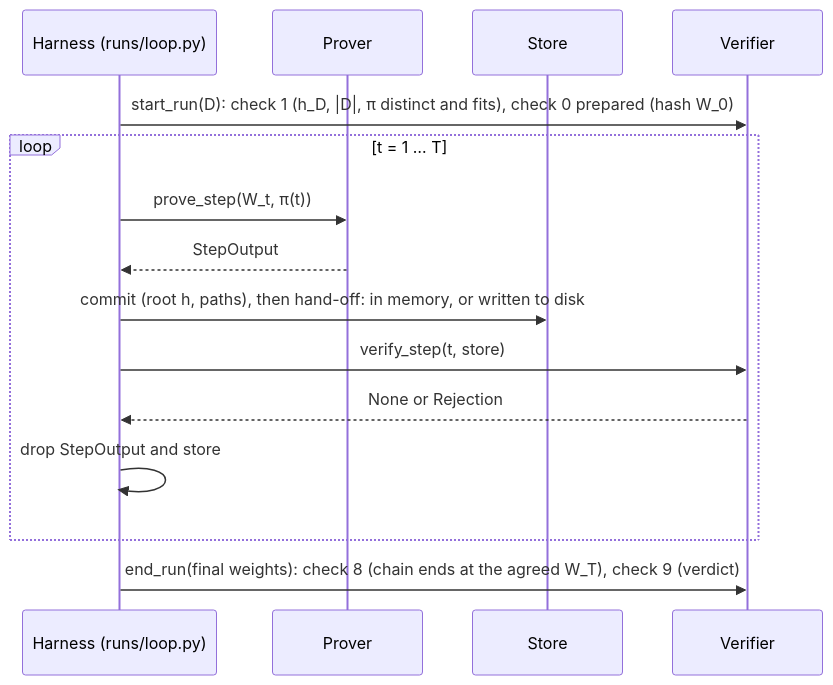
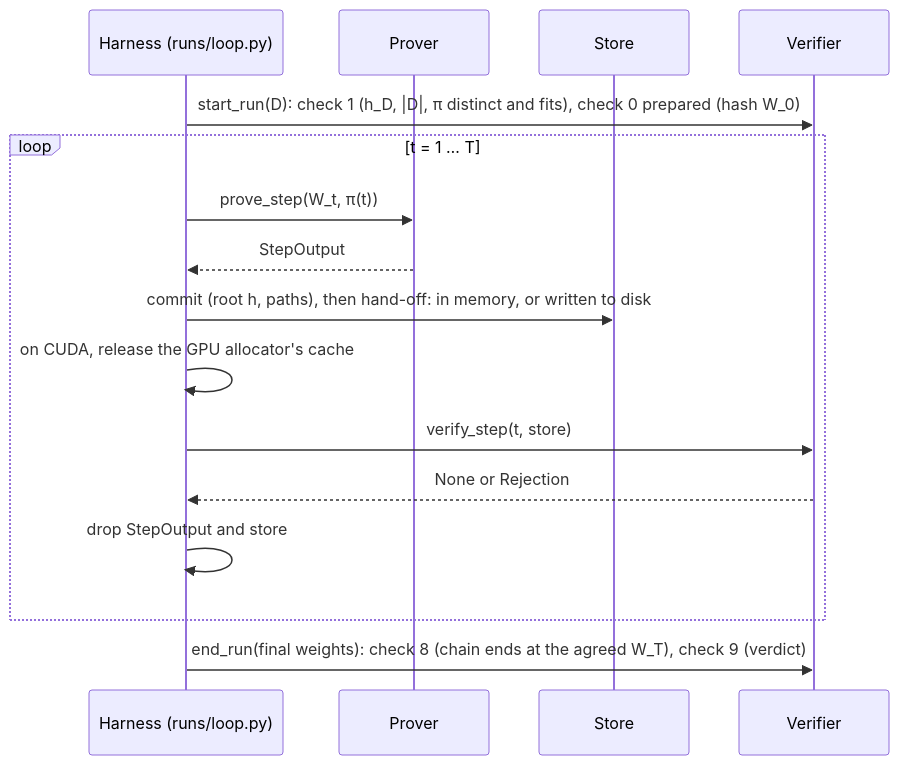
One commit to pacifai/pots-2.0 changed the third of 3 diagrams in verification/README.md. Above: the diagram before and after it, drawn with Mermaid. The commit also changed other lines of this file and 8 other files, not shown here.

First line of the commit message:
Release the CUDA cache between prover and verifier; echo memory-pass section peaks

````diff
--- a/verification/README.md
+++ b/verification/README.md
@@ -585,17 +588,18 @@
 ```mermaid
 sequenceDiagram
     participant H as Harness (runs/loop.py)
     participant P as Prover
     participant S as Store
     participant V as Verifier
     H->>V: start_run(D): check 1 (h_D, |D|, π distinct and fits), check 0 prepared (hash W_0)
     loop t = 1 … T
         H->>P: prove_step(W_t, π(t))
         P-->>H: StepOutput
         H->>S: commit (root h, paths), then hand-off: in memory, or written to disk
+        H->>H: on CUDA, release the GPU allocator's cache
         H->>V: verify_step(t, store)
         V-->>H: None or Rejection
         H->>H: drop StepOutput and store
     end
     H->>V: end_run(final weights): check 8 (chain ends at the agreed W_T), check 9 (verdict)
 ```
````
